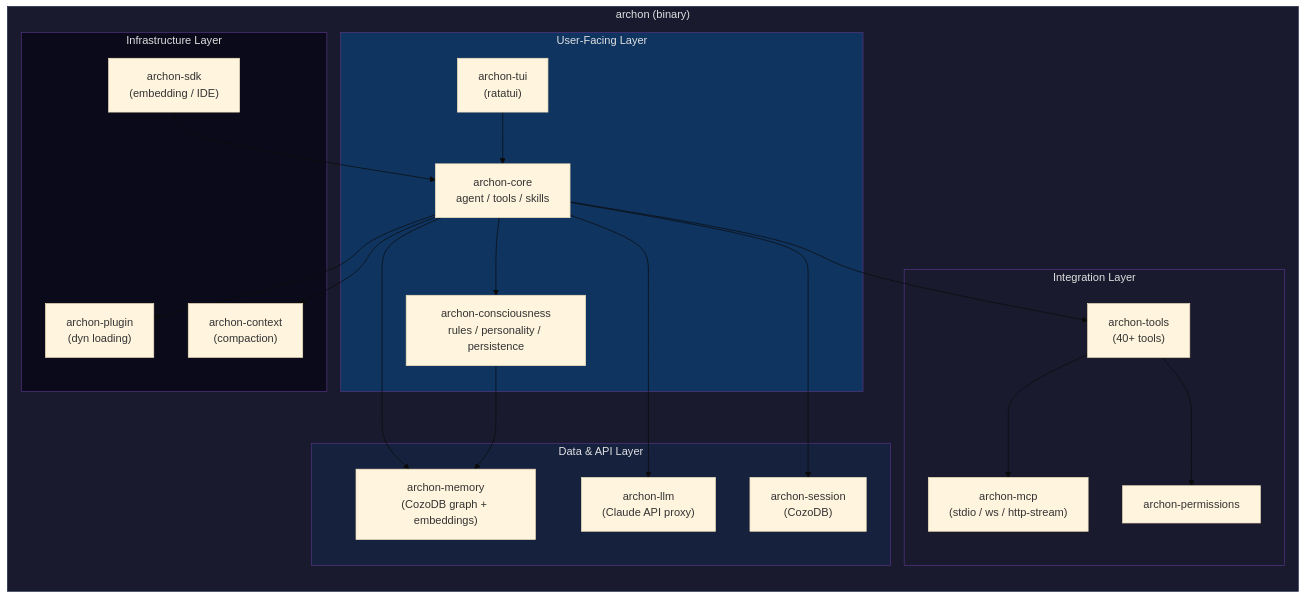
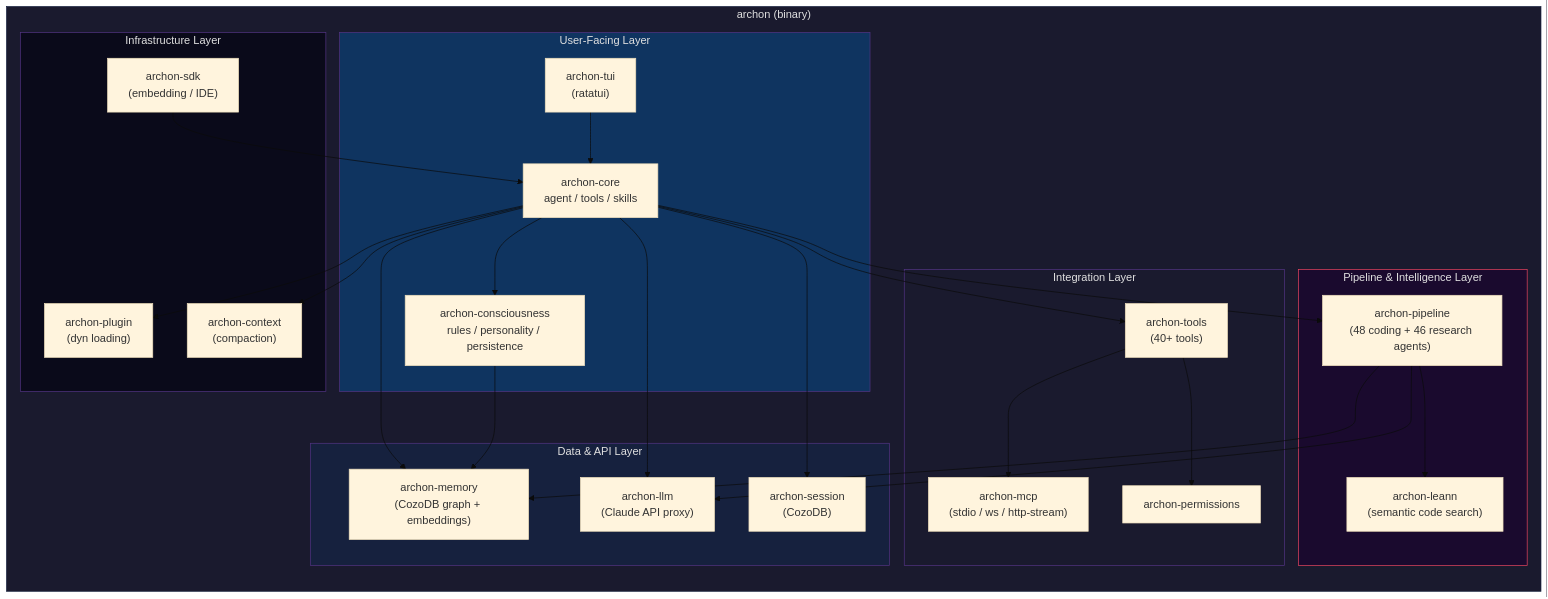
The first of 15 diagrams in README.md (ste-bah/archon-cli), drawn with Mermaid (base theme) before and after one commit. The commit also changed other lines of this file, not shown here.

First line of the commit message:
docs: add Pipeline Engine, LEANN, Knowledge Base, and Learning Systems to README

````diff
--- a/README.md
+++ b/README.md
@@ -102,45 +111,54 @@
 ```mermaid
 graph TB
     subgraph binary["archon (binary)"]
         direction TB
         subgraph top["User-Facing Layer"]
             TUI["archon-tui<br/>(ratatui)"]
             CORE["archon-core<br/>agent / tools / skills"]
             CONSC["archon-consciousness<br/>rules / personality / persistence"]
         end
         subgraph mid["Data & API Layer"]
             SESSION["archon-session<br/>(CozoDB)"]
             MEMORY["archon-memory<br/>(CozoDB graph + embeddings)"]
             LLM["archon-llm<br/>(Claude API proxy)"]
         end
         subgraph bottom["Integration Layer"]
             MCP["archon-mcp<br/>(stdio / ws / http-stream)"]
             PERMS["archon-permissions"]
             TOOLS["archon-tools<br/>(40+ tools)"]
         end
+        subgraph pipeline["Pipeline & Intelligence Layer"]
+            PIPE["archon-pipeline<br/>(48 coding + 46 research agents)"]
+            LEANN["archon-leann<br/>(semantic code search)"]
+        end
         subgraph infra["Infrastructure Layer"]
             PLUGIN["archon-plugin<br/>(dyn loading)"]
             SDK["archon-sdk<br/>(embedding / IDE)"]
             CTX["archon-context<br/>(compaction)"]
         end
     end
 
     TUI --> CORE
     CORE --> CONSC
     CORE --> MEMORY
     CORE --> LLM
     CORE --> TOOLS
     CORE --> SESSION
+    CORE --> PIPE
+    PIPE --> LLM
+    PIPE --> LEANN
+    PIPE --> MEMORY
     CONSC --> MEMORY
     TOOLS --> MCP
     TOOLS --> PERMS
     CORE --> CTX
     CORE --> PLUGIN
     SDK --> CORE
 
     style binary fill:#1a1a2e,stroke:#16213e,color:#e0e0e0
     style top fill:#0f3460,stroke:#533483,color:#e0e0e0
     style mid fill:#16213e,stroke:#533483,color:#e0e0e0
     style bottom fill:#1a1a2e,stroke:#533483,color:#e0e0e0
+    style pipeline fill:#1a0a2e,stroke:#e94560,color:#e0e0e0
     style infra fill:#0a0a1a,stroke:#533483,color:#e0e0e0
 ```
````
